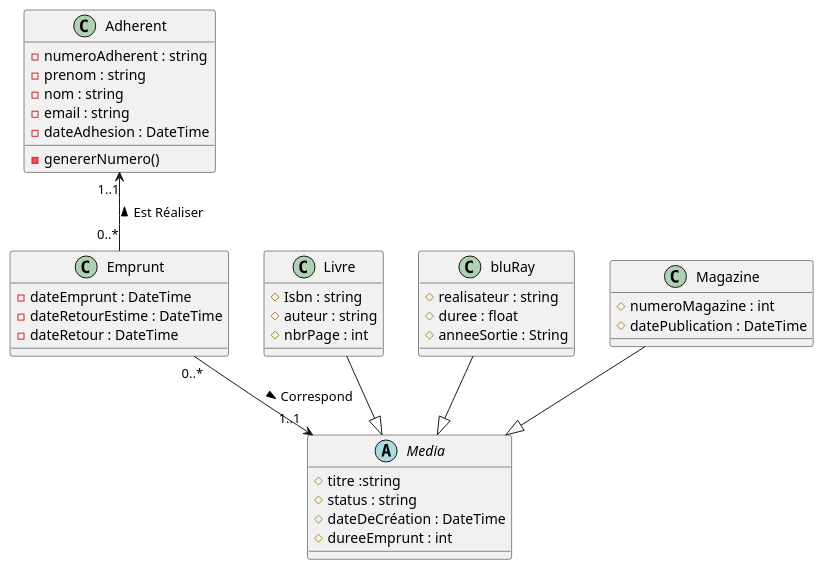
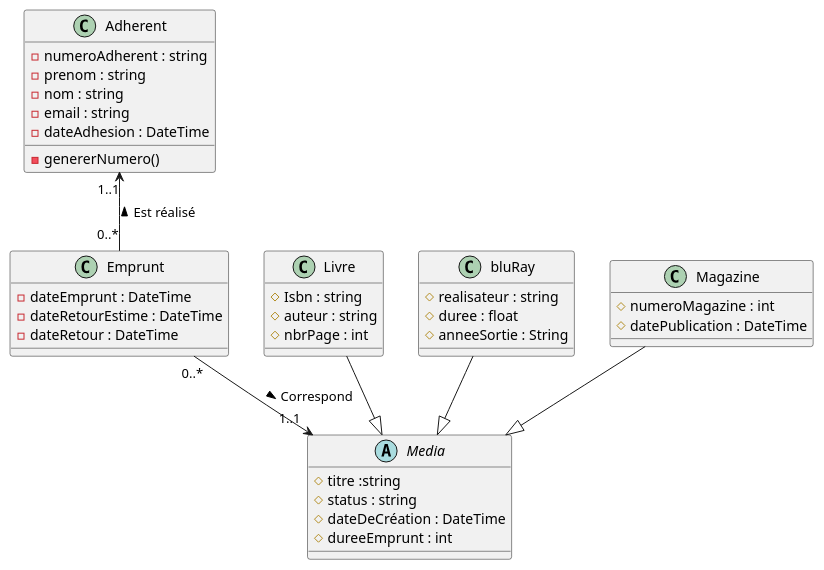
The diagram in documentation/Diagramme-de-classe.puml (mat25/BTS2-bibliotheque), drawn with PlantUML before and after one commit. The commit also changed 2 other files, not shown here.

```diff
--- a/documentation/Diagramme-de-classe.puml
+++ b/documentation/Diagramme-de-classe.puml
@@ -1,46 +1,46 @@
 @startuml
 
 class Adherent {
 - numeroAdherent : string
 - prenom : string
 - nom : string
 - email : string
 - dateAdhesion : DateTime
 - genererNumero()
 }
 
 class Emprunt {
 - dateEmprunt : DateTime
 - dateRetourEstime : DateTime
 - dateRetour : DateTime
 }
 
 abstract class Media {
 # titre :string
 # status : string
 # dateDeCréation : DateTime
 # dureeEmprunt : int
 }
 
 class Livre {
 # Isbn : string
 # auteur : string
 # nbrPage : int
 }
 class bluRay {
 # realisateur : string
 # duree : float
 # anneeSortie : String
 }
 class Magazine {
 # numeroMagazine : int
 # datePublication : DateTime
 }
 
-Adherent"1..1" <-- "0..*"Emprunt :< Est Réaliser
+Adherent"1..1" <-- "0..*"Emprunt :< Est réalisé
 Emprunt"0..*" --> "1..1"Media :> Correspond
 Livre --|> Media
 bluRay --|> Media
 Magazine --|> Media
 
 @enduml
```
